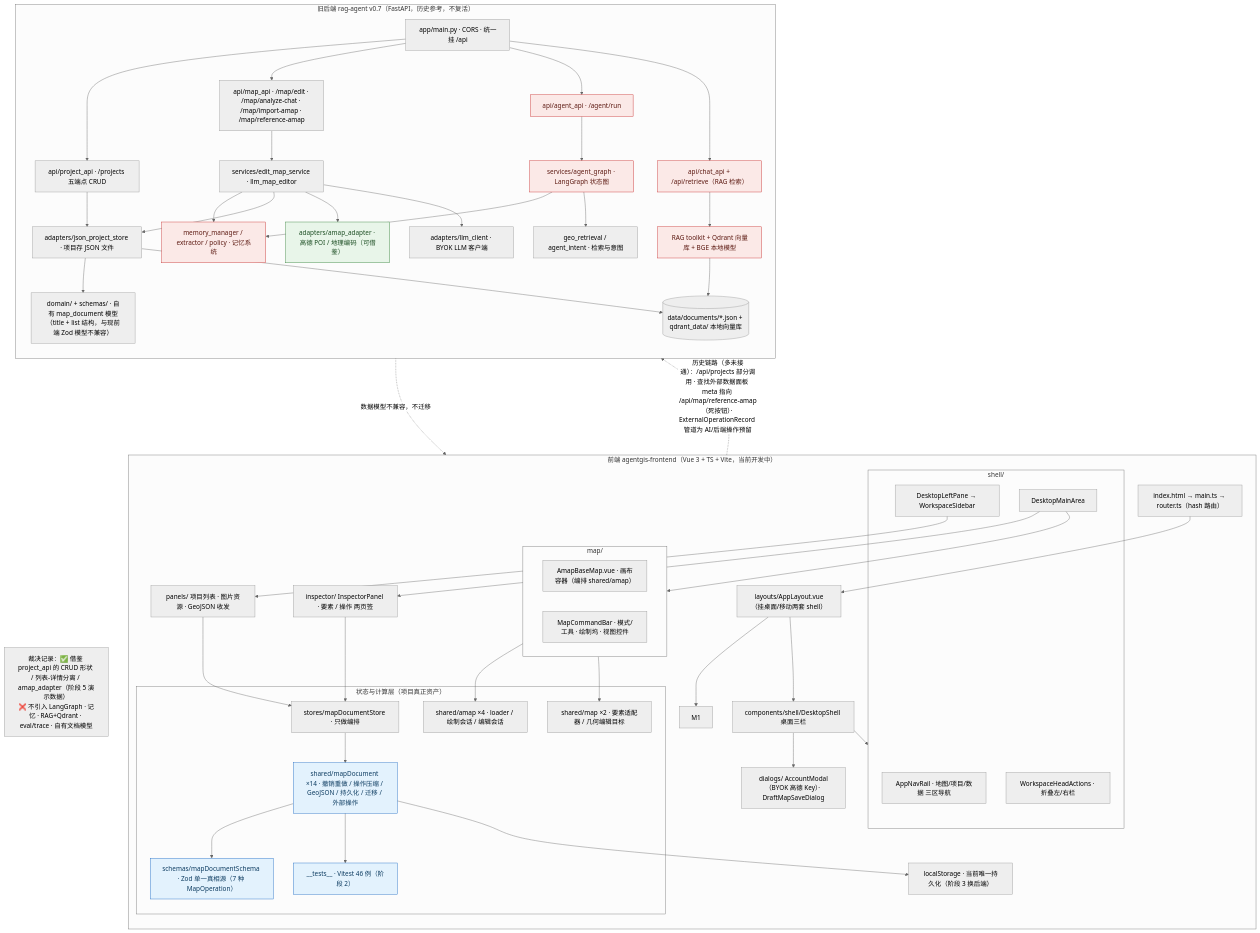
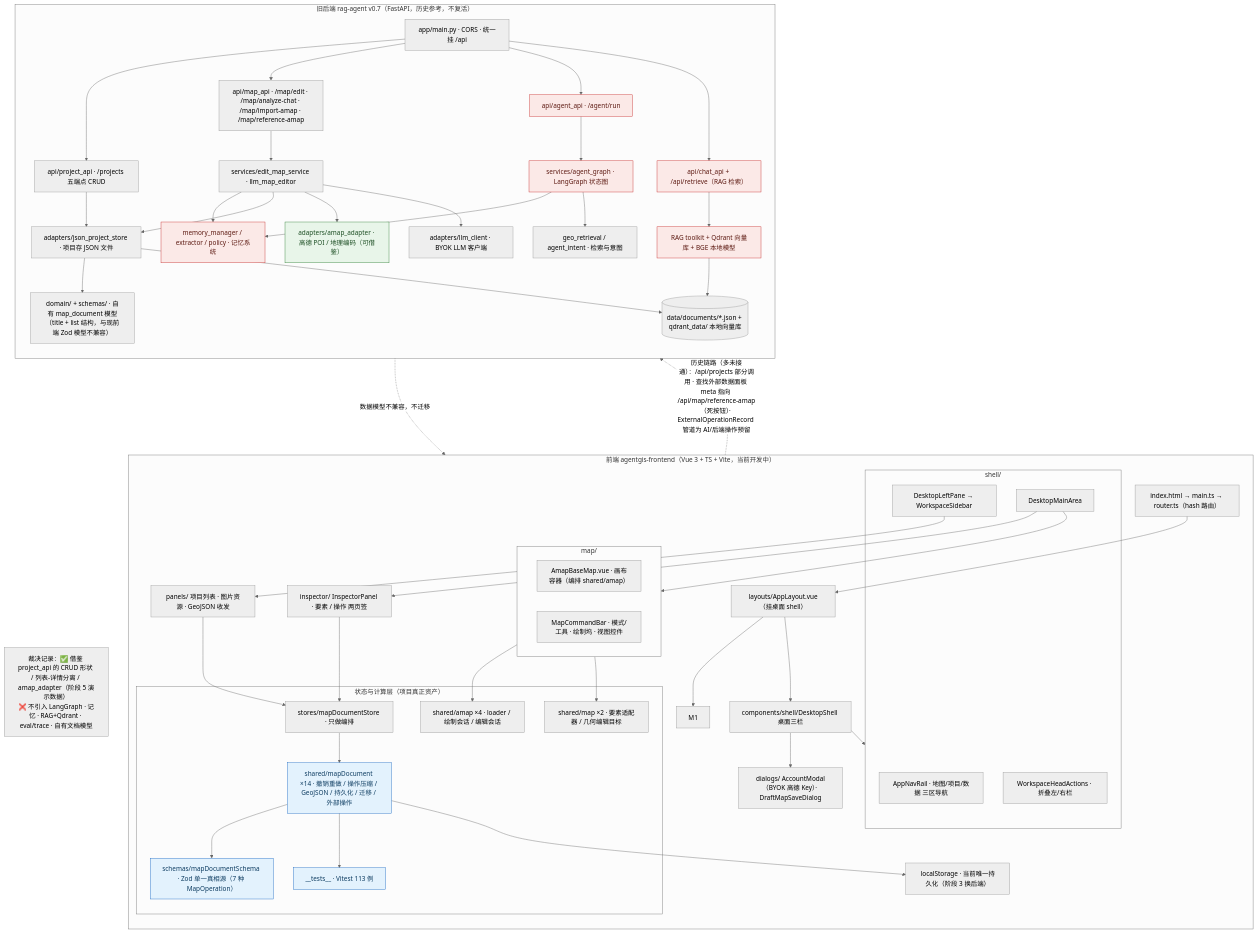
The first of 2 diagrams in docs/前端与旧后端架构.md (huahuajiji/agentgis-frontend), drawn with Mermaid (neutral theme) before and after one commit. The commit also changed other lines of this file and 18 other files, not shown here.

```diff
--- a/docs/前端与旧后端架构.md
+++ b/docs/前端与旧后端架构.md
@@ -9,7 +9,7 @@
     subgraph FE["前端 agentgis-frontend（Vue 3 + TS + Vite，当前开发中）"]
         direction TB
         A1["index.html → main.ts → router.ts（hash 路由）"]
-        A2["layouts/AppLayout.vue（挂桌面/移动两套 shell）"]
+        A2["layouts/AppLayout.vue（挂桌面 shell）"]
         D1["components/shell/DesktopShell 桌面三栏"]
         A1 --> A2
         A2 --> D1
@@ -42,7 +42,7 @@
             ST3["shared/mapDocument ×14 · 撤销重做 / 操作压缩 / GeoJSON / 持久化 / 迁移 / 外部操作"]
             ST4["shared/amap ×4 · loader / 绘制会话 / 编辑会话"]
             ST5["shared/map ×2 · 要素适配器 / 几何编辑目标"]
-            T1["__tests__ · Vitest 46 例（阶段 2）"]
+            T1["__tests__ · Vitest 113 例"]
         end
         MAP --> ST4
         MAP --> ST5
```
